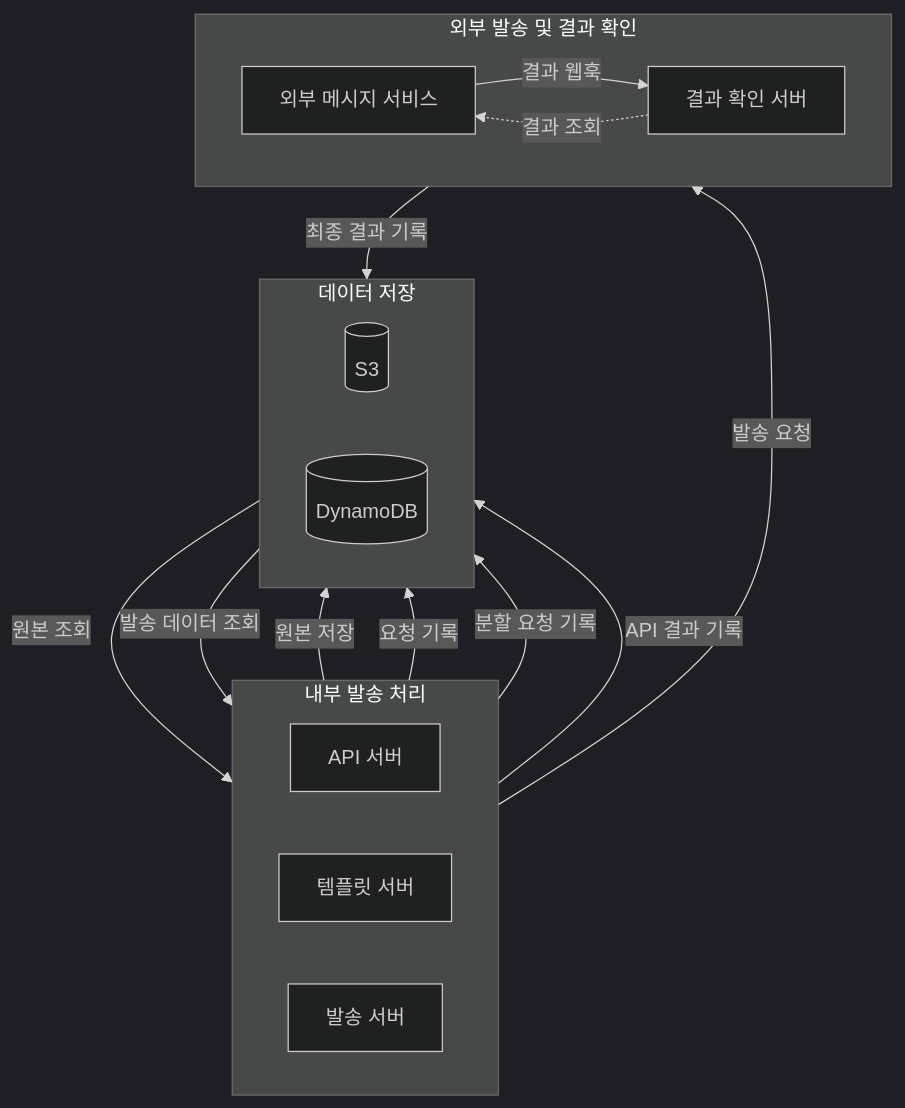
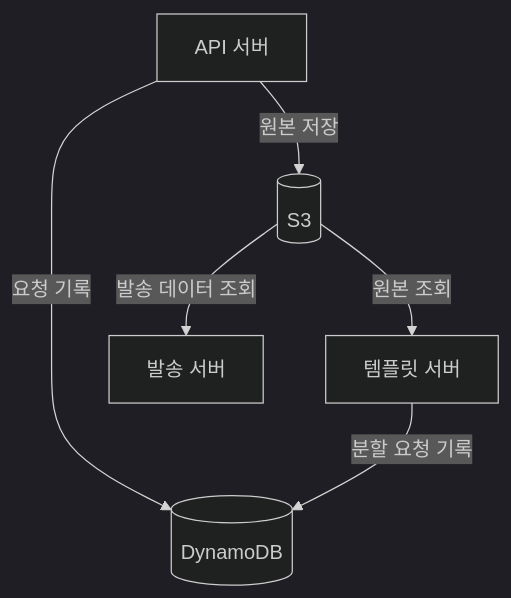
The third of 4 diagrams in projects/education-services/notifications.md (KimHG1995/work-history), drawn with Mermaid (dark theme) before and after one commit. The commit also changed other lines of this file, not shown here.

Commit message:
docs: 알림 저장 관계와 전송 결과 기록 분리

````diff
--- a/projects/education-services/notifications.md
+++ b/projects/education-services/notifications.md
@@ -141,32 +141,8 @@
 ```mermaid
 flowchart TB
-    subgraph core["내부 발송 처리"]
-        direction LR
-        api["API 서버"]
-        template["템플릿 서버"]
-        sender["발송 서버"]
-    end
-
-    subgraph storage["데이터 저장"]
-        direction LR
-        s3[("S3")]
-        db[("DynamoDB")]
-    end
-
-    subgraph result["외부 발송 및 결과 확인"]
-        direction LR
-        provider["외부 메시지 서비스"]
-        ack["결과 확인 서버"]
-    end
-
-    api -->|원본 저장| s3
-    api -->|요청 기록| db
-    s3 -->|원본 조회| template
-    s3 -->|발송 데이터 조회| sender
+    api["API 서버"] -->|원본 저장| s3[("S3")]
+    api -->|요청 기록| db[("DynamoDB")]
+    s3 -->|원본 조회| template["템플릿 서버"]
+    s3 -->|발송 데이터 조회| sender["발송 서버"]
     template -->|분할 요청 기록| db
-    sender -->|발송 요청| provider
-    sender -->|API 결과 기록| db
-    provider -->|결과 웹훅| ack
-    ack -.->|결과 조회| provider
-    ack -->|최종 결과 기록| db
 ```
````
